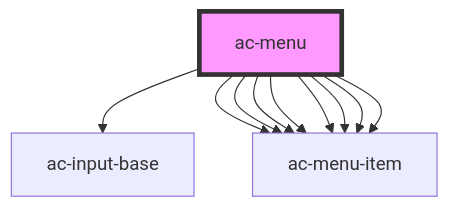
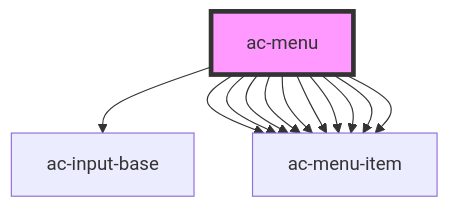
One commit to accera-tech/solar-components changed the diagram in src/components/molecules/ac-menu/readme.md. Above: the diagram before and after it, drawn with Mermaid. The commit also changed other lines of this file and 3 other files, not shown here.

````diff
--- a/src/components/molecules/ac-menu/readme.md
+++ b/src/components/molecules/ac-menu/readme.md
@@ -41,13 +43,15 @@
 ```mermaid
 graph TD;
   ac-menu --> ac-input-base
   ac-menu --> ac-menu-item
   ac-menu --> ac-menu-item
   ac-menu --> ac-menu-item
   ac-menu --> ac-menu-item
   ac-menu --> ac-menu-item
   ac-menu --> ac-menu-item
   ac-menu --> ac-menu-item
   ac-menu --> ac-menu-item
+  ac-menu --> ac-menu-item
+  ac-menu --> ac-menu-item
   style ac-menu fill:#f9f,stroke:#333,stroke-width:4px
 ```
````
